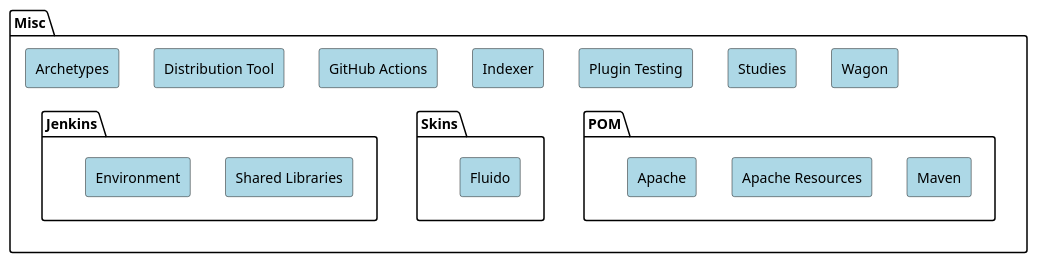
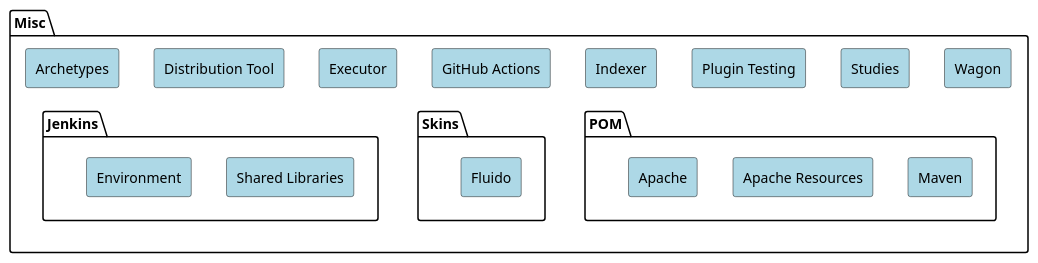
The diagram in src/plantuml/maven-sources/misc.puml (apache/maven-site), drawn with PlantUML before and after one commit. The commit also changed 3 other files, not shown here.

Commit message:
add Maven Executor

```diff
--- a/src/plantuml/maven-sources/misc.puml
+++ b/src/plantuml/maven-sources/misc.puml
@@ -19,69 +19,72 @@
 @startuml
 
 <style>
     rectangle {
         BackgroundColor LightBlue
     }
 }
 </style>
 
 package Misc {
   rectangle Archetypes
   rectangle "Distribution Tool"
+  rectangle Executor
   rectangle "GitHub Actions"
   rectangle Indexer
   package Jenkins {
     rectangle Environment
     rectangle "Shared Libraries"
   }
   rectangle "Plugin Testing"
   package POM {
     rectangle "Apache"
     rectangle "Apache Resources"
     rectangle "Maven"
   }
   package Skins {
     rectangle Fluido
   }
   rectangle Studies
   rectangle Wagon
 }
 
 'hidden dependencies to change layout
 Archetypes -[hidden]> "Distribution Tool"
-"Distribution Tool" -[hidden]> "GitHub Actions"
+"Distribution Tool" -[hidden]> Executor
+Executor -[hidden]> "GitHub Actions"
 "GitHub Actions" -[hidden]> Indexer
 Indexer -[hidden]> "Plugin Testing"
 "Plugin Testing" -[hidden]> Studies
 Studies -[hidden]> Wagon
 
 Environment -[hidden]> "Shared Libraries"
 
 "Apache" -[hidden]> "Apache Resources"
 "Apache Resources" -[hidden]> "Maven"
 "Apache" -[hidden]> Fluido
 
 Archetypes -[hidden]down-> Jenkins
 Jenkins -[hidden]> POM
 POM -[hidden]> Skins
 
 url of "Archetypes" is [[https://github.com/apache/maven-archetype]]
 url of "Distribution Tool" is [[https://github.com/apache/maven-dist-tool]]
+url of Executor is [[https://github.com/apache/maven-executor]]
 url of Indexer is [[https://github.com/apache/maven-indexer]]
 url of "GitHub Actions" is [[https://github.com/apache/maven-gh-actions-shared]]
 
 url of Environment is [[https://github.com/apache/maven-jenkins-env]]
 url of "Shared Libraries" is [[https://github.com/apache/maven-jenkins-lib]]
 
 url of "Plugin Testing" is [[https://github.com/apache/maven-plugin-testing]]
 
 url of "Apache" is [[https://github.com/apache/maven-apache-parent]]
 url of "Apache Resources" is [[https://github.com/apache/maven-apache-resources]]
 url of "Maven" is [[https://github.com/apache/maven-parent]]
 
 url of Fluido is [[https://github.com/apache/maven-fluido-skin]]
 
 url of Studies is [[https://github.com/apache/maven-studies]]
 url of Wagon is [[https://github.com/apache/maven-wagon]]
 
 @enduml
```
